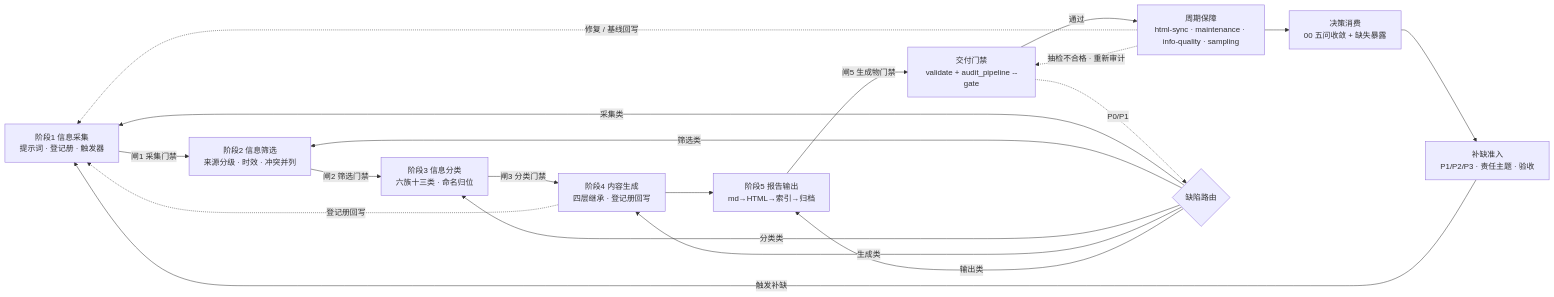
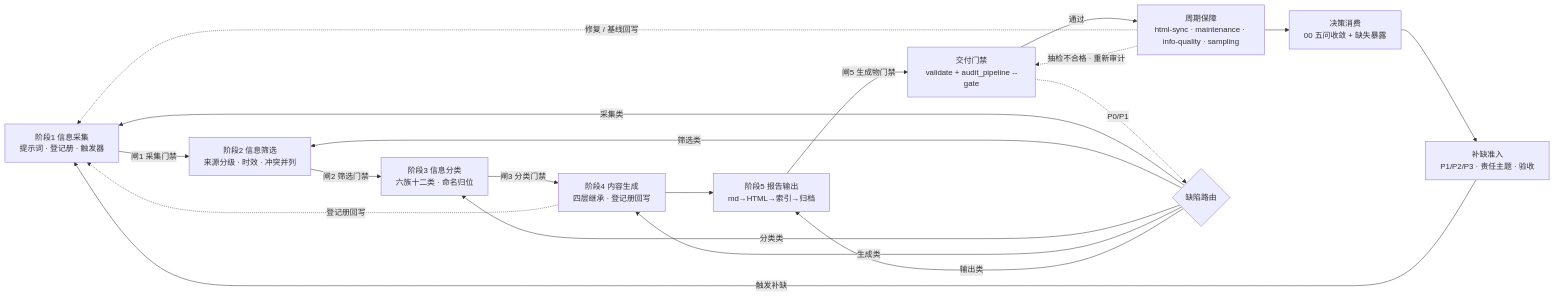
Before and after one commit to hmbphxkw76-byte/jp-life-work: the diagram in docs/信息生产全链路执行规范.md, drawn with Mermaid. The commit also changed other lines of this file and 6 other files, not shown here.

````diff
--- a/docs/信息生产全链路执行规范.md
+++ b/docs/信息生产全链路执行规范.md
@@ -28,32 +28,32 @@
 ```mermaid
 flowchart LR
     A["阶段1 信息采集<br/>提示词 · 登记册 · 触发器"]
     B["阶段2 信息筛选<br/>来源分级 · 时效 · 冲突并列"]
-    C["阶段3 信息分类<br/>六族十三类 · 命名归位"]
+    C["阶段3 信息分类<br/>六族十二类 · 命名归位"]
     D["阶段4 内容生成<br/>四层继承 · 登记册回写"]
     E["阶段5 报告输出<br/>md→HTML→索引→归档"]
     F["交付门禁<br/>validate + audit_pipeline --gate"]
     G["周期保障<br/>html-sync · maintenance · info-quality · sampling"]
     H["决策消费<br/>00 五问收敛 + 缺失暴露"]
     I["补缺准入<br/>P1/P2/P3 · 责任主题 · 验收"]
     R{"缺陷路由"}
 
     A -->|"闸1 采集门禁"| B
     B -->|"闸2 筛选门禁"| C
     C -->|"闸3 分类门禁"| D
     D --> E
     E -->|"闸5 生成物门禁"| F
     F -->|通过| G
     G --> H
     H --> I
     I -->|触发补缺| A
     F -.->|P0/P1| R
     R -->|采集类| A
     R -->|筛选类| B
     R -->|分类类| C
     R -->|生成类| D
     R -->|输出类| E
     D -.->|登记册回写| A
     G -.->|修复 / 基线回写| A
     G -.->|抽检不合格 · 重新审计| F
 ```
````
